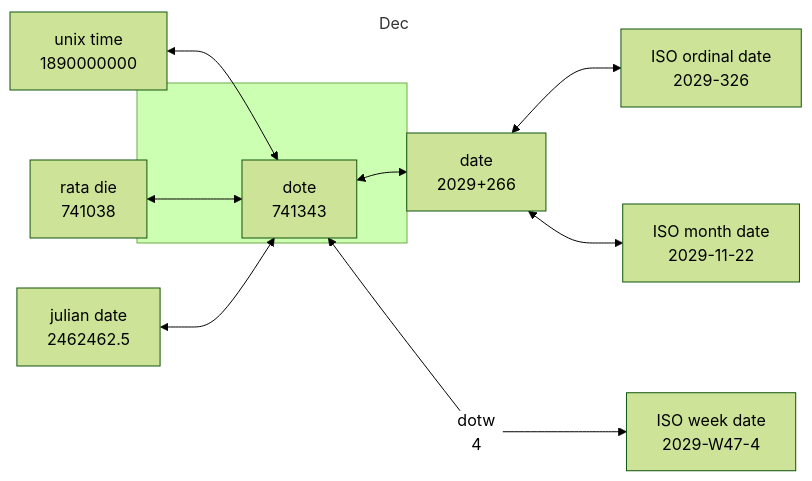
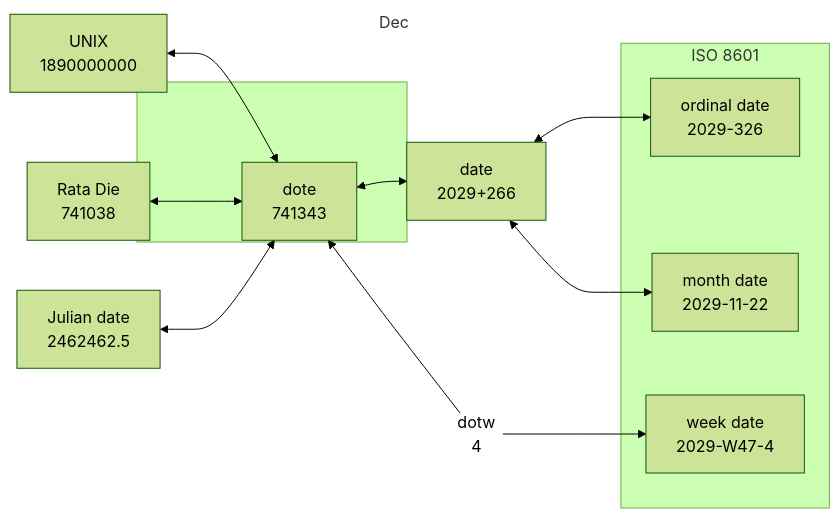
Before and after one commit to maptv/maptv.github.io: the diagram in dec/date/index.qmd, drawn with Mermaid (forest theme). The commit also changed other lines of this file and 2 other files, not shown here.

Commit message:
Changed files: _quarto.yml dec/date/index.html dec/date/index.qmd

````diff
--- a/dec/date/index.qmd
+++ b/dec/date/index.qmd
@@ -112,19 +106,33 @@
 ```{mermaid}
 flowchart LR
-   A[unix time\n1890000000]<-->B[dote\n741343]
-   C[rata die\n741038]<-->B
-   D[julian date\n2462462.5]<-->B
+   A[UNIX\n1890000000]<-->B[dote\n741343]
+   C[Rata Die\n741038]<-->B
+   D[Julian date\n2462462.5]<-->B
    subgraph dec[Dec]
    B<-->E[date\n2029+266]
    end
-   E<-->F[ISO ordinal date\n2029-326]
-   E<-->G[ISO month date\n2029-11-22]
+   E<-->F[ordinal date\n2029-326]
+   E<-->G[month date\n2029-11-22]
    H((dotw\n4))-->B
-   H-->I[ISO week date\n2029-W47-4]
+   H-->I[week date\n2029-W47-4]
+   subgraph iso[ISO 8601]
+   F
+   G
+   I
+   end
    B---H
    %% B-->H[HH:MM:SS\n00:00:00]
    %% C-->H
    linkStyle 8 stroke-width:0px;
    style dec y:80px,x:135px,width:270px,height:160px;
    style H stroke:none,fill:none;
+   click A "#unix"
+   click B "#dote"
+   click C "#rd"
+   click D "#jd"
+   click E "#date"
+   click F "#ordinal"
+   click G "#month"
+   click H "#dotw"
+   click I "#week"
 ```
````
